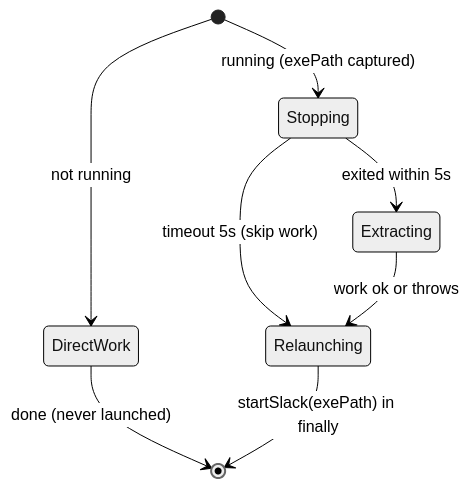
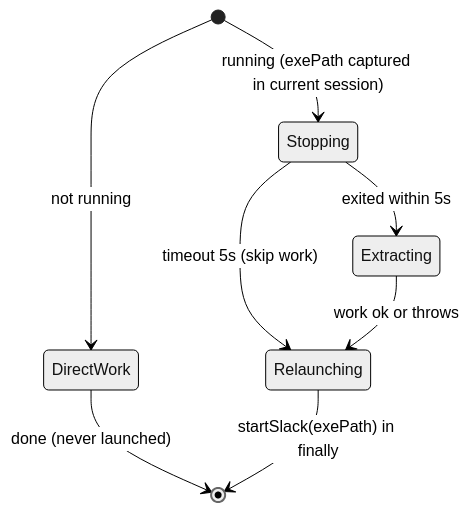
The third of 3 diagrams in .agents/skills/verify-windows-formal/SKILL.md (shawn-kim-ai/agent-slack), drawn with Mermaid (neutral theme) before and after one commit. The commit also changed other lines of this file and 23 other files, not shown here.

````diff
--- a/.agents/skills/verify-windows-formal/SKILL.md
+++ b/.agents/skills/verify-windows-formal/SKILL.md
@@ -67,10 +69,10 @@
 ```mermaid
 stateDiagram-v2
     [*] --> DirectWork: not running
     DirectWork --> [*]: done (never launched)
-    [*] --> Stopping: running (exePath captured)
+    [*] --> Stopping: running (exePath captured in current session)
     Stopping --> Extracting: exited within 5s
     Stopping --> Relaunching: timeout 5s (skip work)
     Extracting --> Relaunching: work ok or throws
     Relaunching --> [*]: startSlack(exePath) in finally
 ```
````
